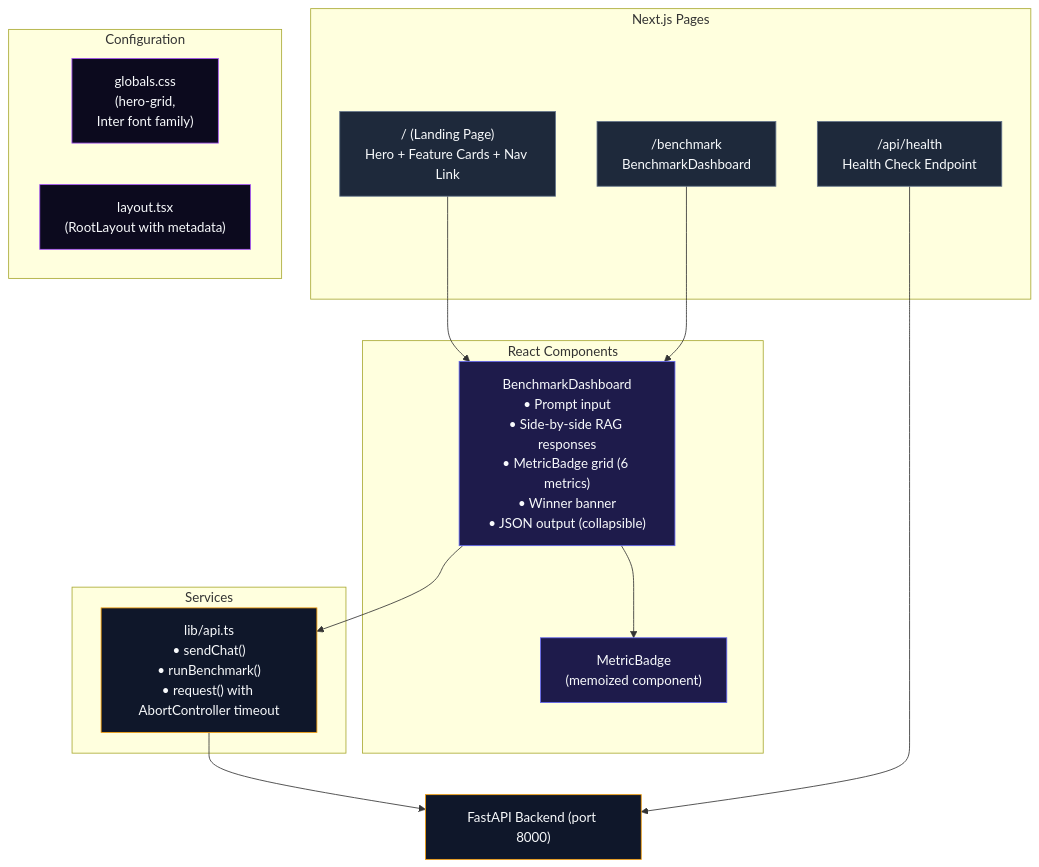
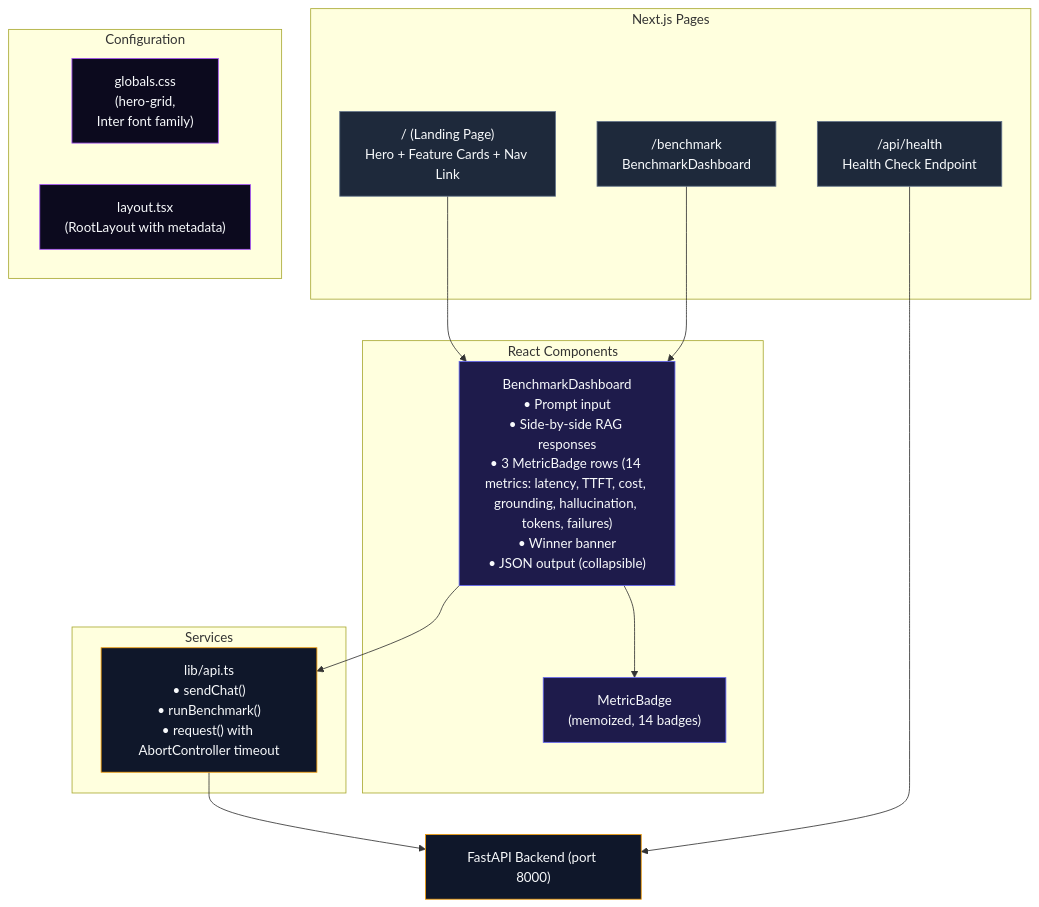
The third of 3 diagrams in README.md (DIP-RO/Naive-RAG-and-StreamRAG-Benchmarking-Application), drawn with Mermaid before and after one commit. The commit also changed other lines of this file and 1 other file, not shown here.

Commit message:
docs: describe RAG retrieval as semantic vector search; fix CI server readiness check

````diff
--- a/README.md
+++ b/README.md
@@ -179,38 +179,38 @@
 ```mermaid
 graph TB
     subgraph Pages["Next.js Pages"]
         Home["/ (Landing Page)<br/>Hero + Feature Cards + Nav Link"]
         Benchmark["/benchmark<br/>BenchmarkDashboard"]
         Health["/api/health<br/>Health Check Endpoint"]
     end
 
     subgraph Components["React Components"]
-        Dashboard["BenchmarkDashboard<br/>• Prompt input<br/>• Side-by-side RAG responses<br/>• MetricBadge grid (6 metrics)<br/>• Winner banner<br/>• JSON output (collapsible)"]
-        MetricBadge["MetricBadge<br/>(memoized component)"]
+        Dashboard["BenchmarkDashboard<br/>• Prompt input<br/>• Side-by-side RAG responses<br/>• 3 MetricBadge rows (14 metrics: latency, TTFT, cost, grounding, hallucination, tokens, failures)<br/>• Winner banner<br/>• JSON output (collapsible)"]
+        MetricBadge["MetricBadge<br/>(memoized, 14 badges)"]
     end
 
     subgraph Services["Services"]
         APIClient["lib/api.ts<br/>• sendChat()<br/>• runBenchmark()<br/>• request() with AbortController timeout"]
     end
 
     subgraph Config["Configuration"]
         Styles["globals.css<br/>(hero-grid,<br/>Inter font family)"]
         Layout["layout.tsx<br/>(RootLayout with metadata)"]
     end
 
     Home --> Dashboard
     Benchmark --> Dashboard
     Dashboard --> APIClient
     Dashboard --> MetricBadge
     APIClient --> BackendAPI["FastAPI Backend (port 8000)"]
     Health --> BackendAPI
 
     classDef pages fill:#1e293b,stroke:#64748b,color:#f8fafc
     classDef components fill:#1e1b4b,stroke:#6366f1,color:#f8fafc
     classDef services fill:#0f172a,stroke:#f59e0b,color:#f8fafc
     classDef config fill:#0c0a1e,stroke:#a855f7,color:#f8fafc
     class Home,Benchmark,Health pages
     class Dashboard,MetricBadge components
     class APIClient,BackendAPI services
     class Styles,Layout config
 ```
````
